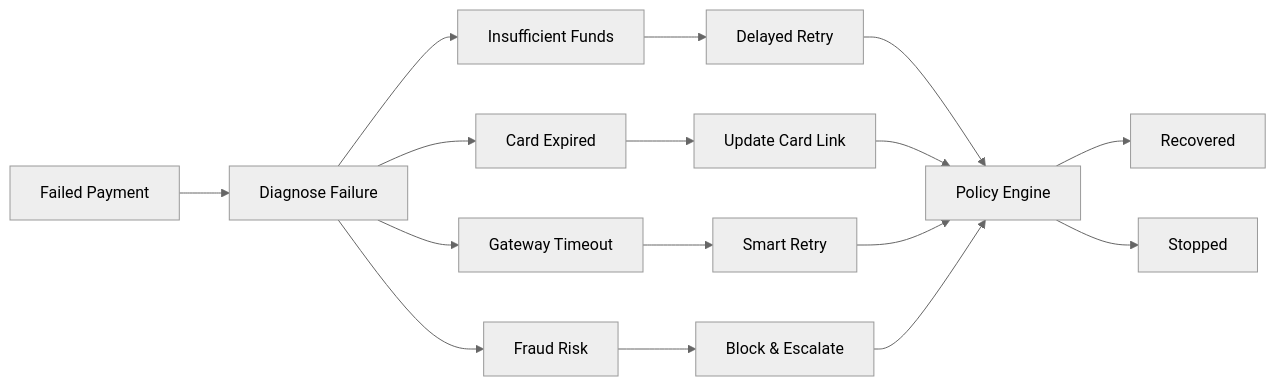
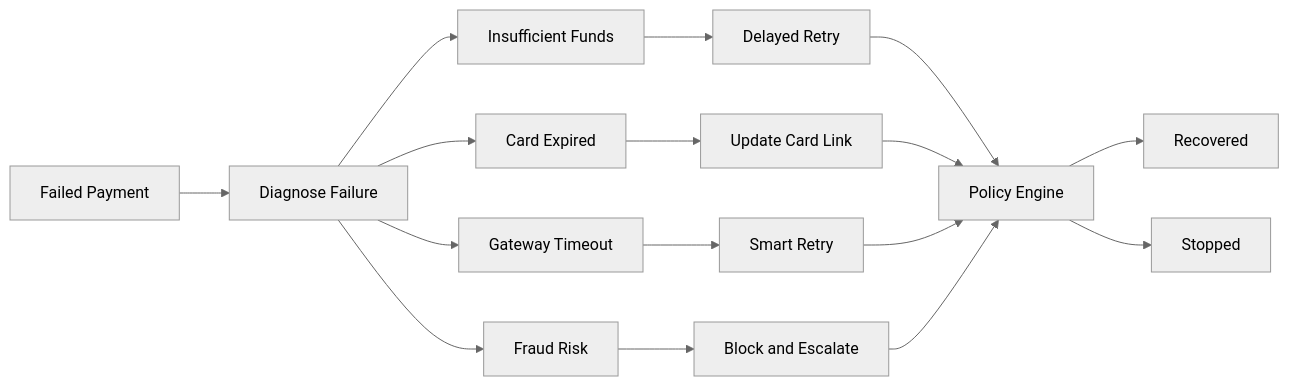
Before and after one commit to Manvi0408/Sentinel: the second of 4 diagrams in README.md, drawn with Mermaid (neutral theme). The commit also changed other lines of this file, not shown here.

Commit message:
Fix mermaid diagrams: replace '&' (mermaid chaining operator) breaking GitHub render

````diff
--- a/README.md
+++ b/README.md
@@ -109,22 +109,22 @@
 ```mermaid
 flowchart LR
   A[Failed Payment] --> B[Diagnose Failure]
 
   B --> C1[Insufficient Funds]
   B --> C2[Card Expired]
   B --> C3[Gateway Timeout]
   B --> C4[Fraud Risk]
 
   C1 --> D1[Delayed Retry]
   C2 --> D2[Update Card Link]
   C3 --> D3[Smart Retry]
-  C4 --> D4[Block &amp; Escalate]
+  C4 --> D4[Block and Escalate]
 
   D1 --> E[Policy Engine]
   D2 --> E
   D3 --> E
   D4 --> E
 
   E --> F[Recovered]
   E --> G[Stopped]
 ```
````
